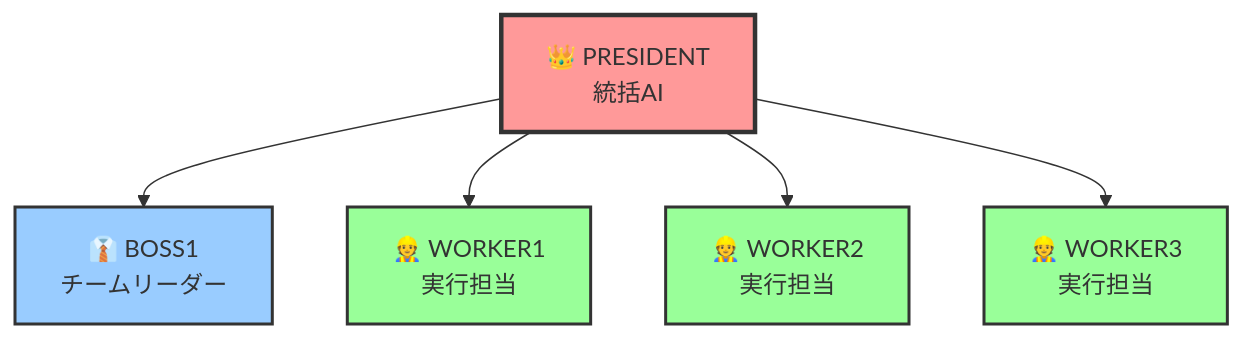
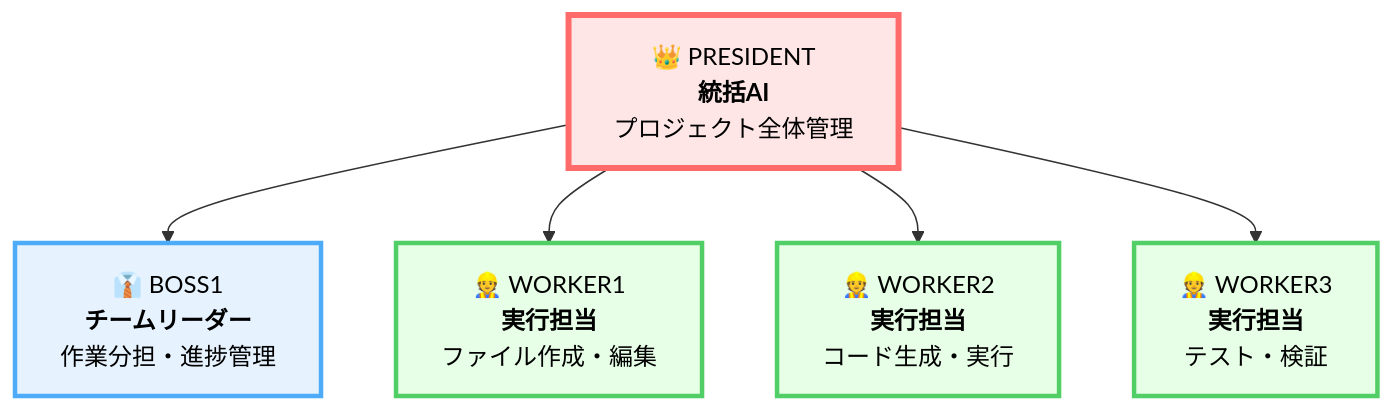
One commit to daideguchi/coding-rule2 changed the diagram in README.md. Above: the diagram before and after it, drawn with Mermaid. The commit also changed other lines of this file and 1 other file, not shown here.

````diff
--- a/README.md
+++ b/README.md
@@ -138,13 +164,13 @@
 ```mermaid
 graph TD
-    A[👑 PRESIDENT<br/>統括AI] --> B[👔 BOSS1<br/>チームリーダー]
-    A --> C[👷 WORKER1<br/>実行担当]
-    A --> D[👷 WORKER2<br/>実行担当]
-    A --> E[👷 WORKER3<br/>実行担当]
+    A["👑 PRESIDENT<br/><b>統括AI</b><br/>プロジェクト全体管理"] --> B["👔 BOSS1<br/><b>チームリーダー</b><br/>作業分担・進捗管理"]
+    A --> C["👷 WORKER1<br/><b>実行担当</b><br/>ファイル作成・編集"]
+    A --> D["👷 WORKER2<br/><b>実行担当</b><br/>コード生成・実行"]
+    A --> E["👷 WORKER3<br/><b>実行担当</b><br/>テスト・検証"]
     
-    style A fill:#ff9999,stroke:#333,stroke-width:3px
-    style B fill:#99ccff,stroke:#333,stroke-width:2px
-    style C fill:#99ff99,stroke:#333,stroke-width:2px
-    style D fill:#99ff99,stroke:#333,stroke-width:2px
-    style E fill:#99ff99,stroke:#333,stroke-width:2px
+    style A fill:#FFE6E6,stroke:#FF6B6B,stroke-width:4px,color:#000
+    style B fill:#E6F3FF,stroke:#4DABF7,stroke-width:3px,color:#000
+    style C fill:#E6FFE6,stroke:#51CF66,stroke-width:3px,color:#000
+    style D fill:#E6FFE6,stroke:#51CF66,stroke-width:3px,color:#000
+    style E fill:#E6FFE6,stroke:#51CF66,stroke-width:3px,color:#000
 ```
````
